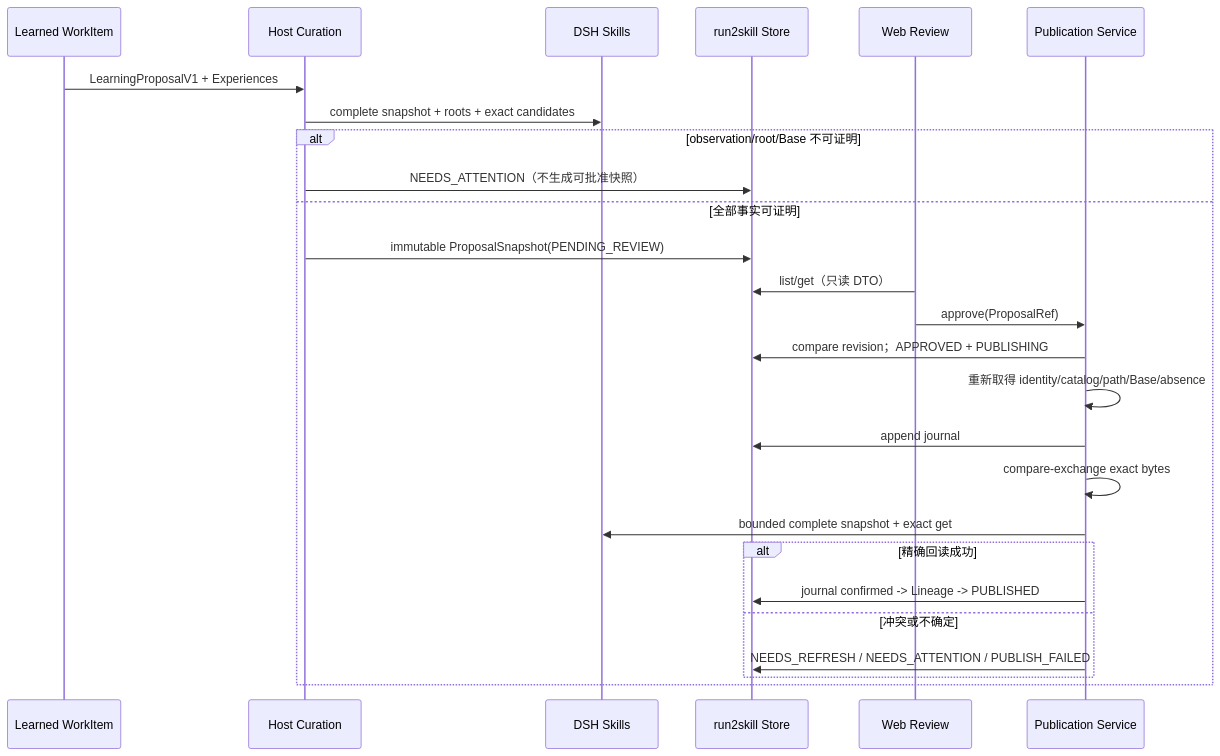
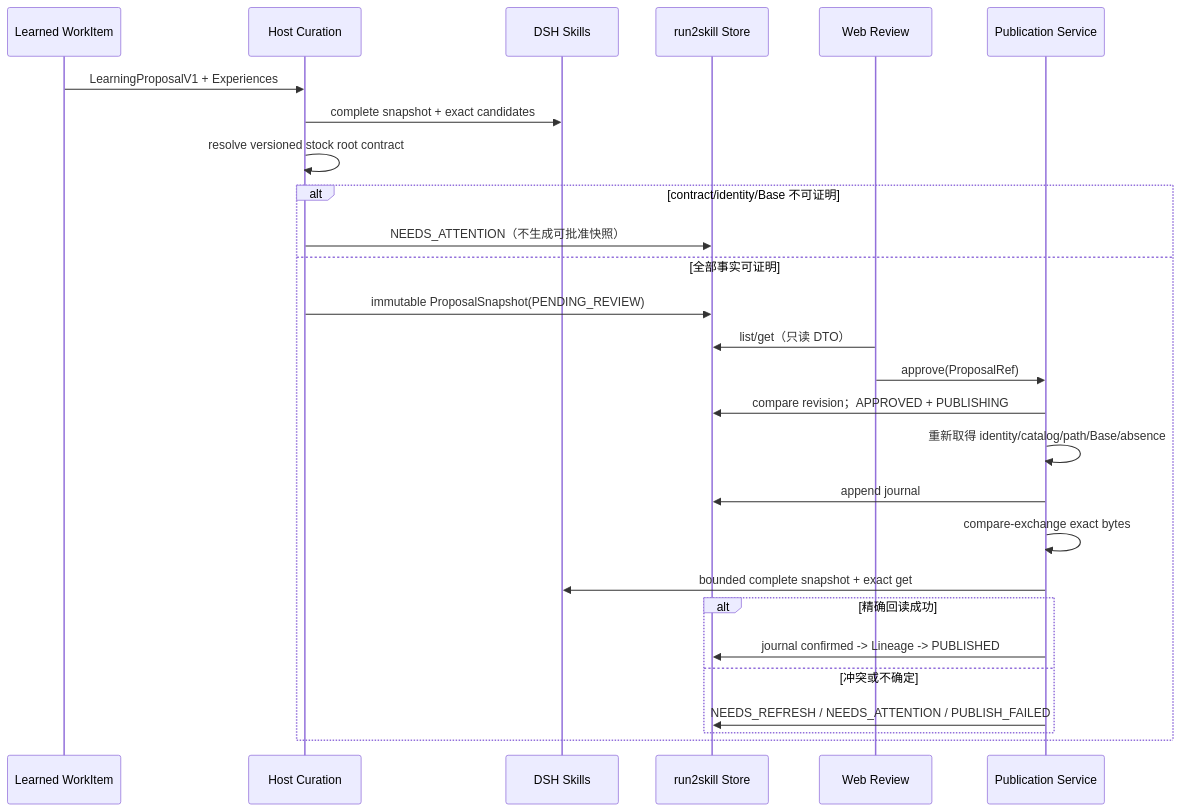
One commit to qkycir-123/dsh-run2skill changed the diagram in docs/design/slice-c-safe-loop.md. Above: the diagram before and after it, drawn with Mermaid. The commit also changed other lines of this file and 14 other files, not shown here.

Commit message:
docs: adopt stock DSH root contract

````diff
--- a/docs/design/slice-c-safe-loop.md
+++ b/docs/design/slice-c-safe-loop.md
@@ -81,29 +81,30 @@
 ```mermaid
 sequenceDiagram
     participant W as Learned WorkItem
     participant H as Host Curation
     participant S as DSH Skills
     participant R as run2skill Store
     participant U as Web Review
     participant P as Publication Service
 
     W->>H: LearningProposalV1 + Experiences
-    H->>S: complete snapshot + roots + exact candidates
-    alt observation/root/Base 不可证明
+    H->>S: complete snapshot + exact candidates
+    H->>H: resolve versioned stock root contract
+    alt contract/identity/Base 不可证明
         H->>R: NEEDS_ATTENTION（不生成可批准快照）
     else 全部事实可证明
         H->>R: immutable ProposalSnapshot(PENDING_REVIEW)
         U->>R: list/get（只读 DTO）
         U->>P: approve(ProposalRef)
         P->>R: compare revision；APPROVED + PUBLISHING
         P->>P: 重新取得 identity/catalog/path/Base/absence
         P->>R: append journal
         P->>P: compare-exchange exact bytes
         P->>S: bounded complete snapshot + exact get
         alt 精确回读成功
             P->>R: journal confirmed -> Lineage -> PUBLISHED
         else 冲突或不确定
             P->>R: NEEDS_REFRESH / NEEDS_ATTENTION / PUBLISH_FAILED
         end
     end
 ```
````
